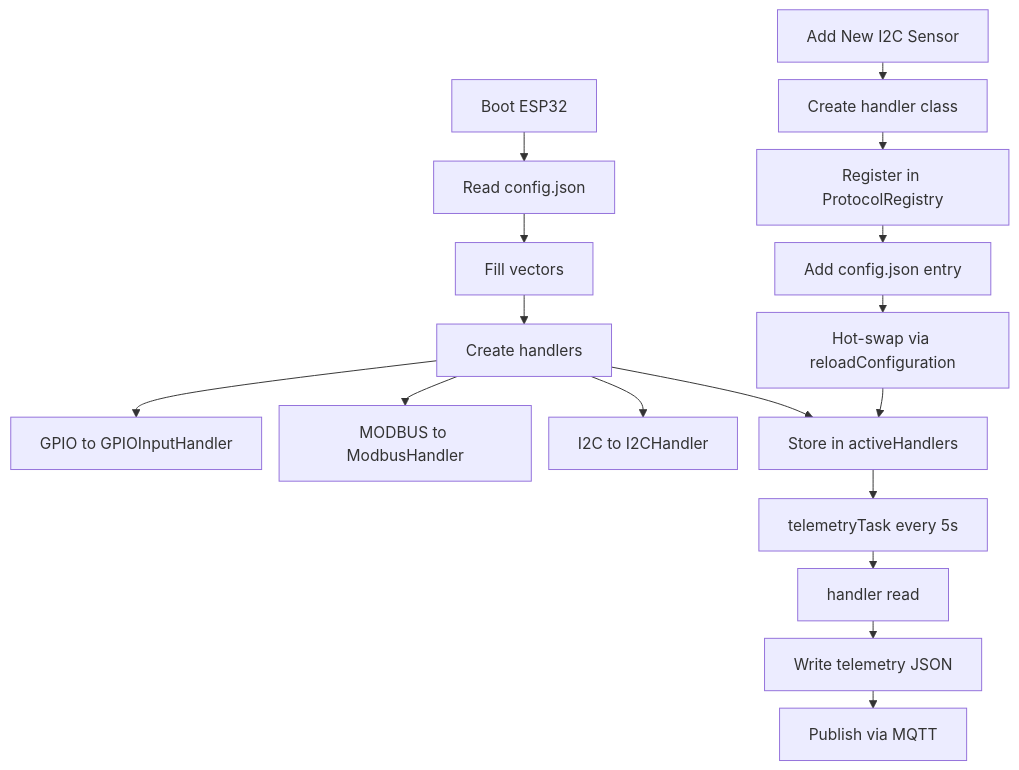
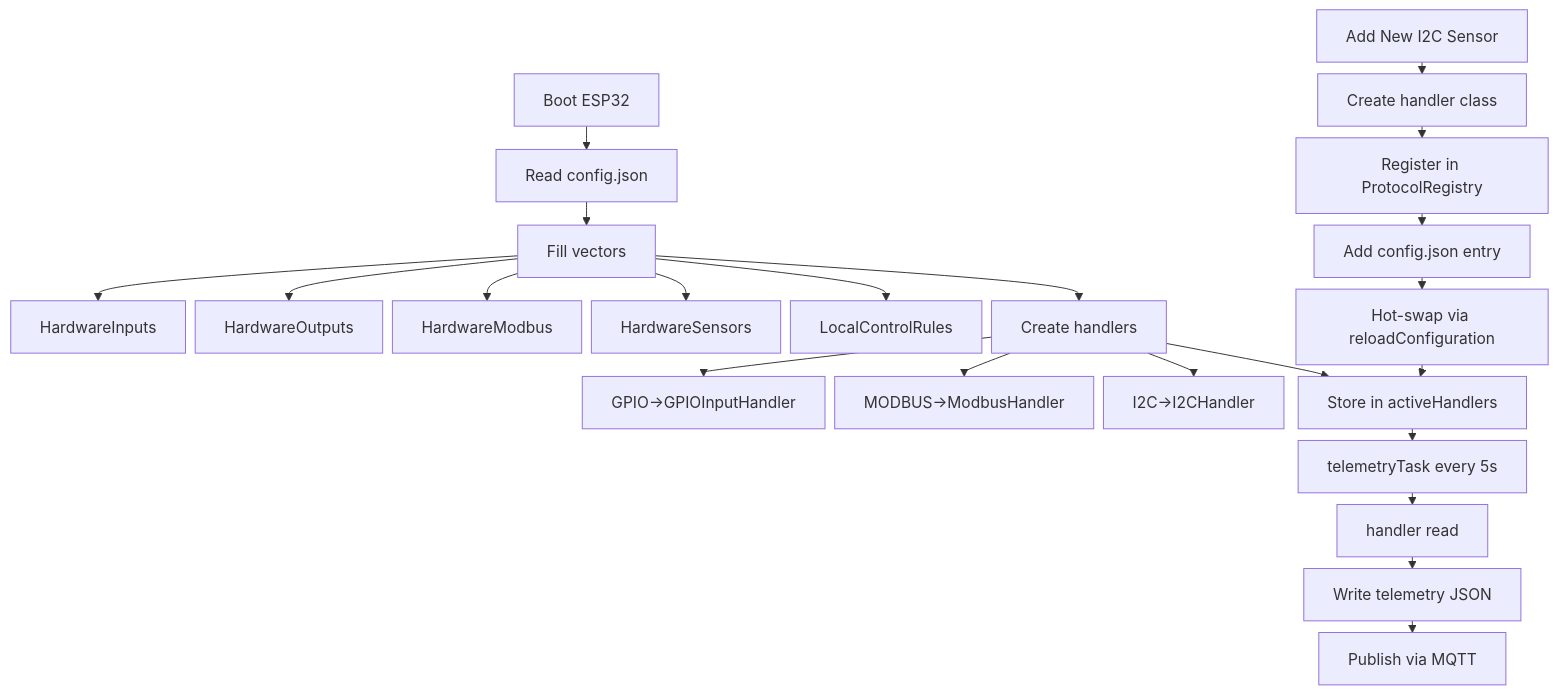
Diagram 12 of 26 in docs/bab3.md (Rezen351/enyx-enterprise), drawn with Mermaid before and after one commit.

Commit message:
docs: make configuration-driven flowchart more compact for A4

````diff
--- a/docs/bab3.md
+++ b/docs/bab3.md
@@ -1311,21 +1311,25 @@
 ```mermaid
-%%{init: {'flowchart': {'nodeSpacing': 18, 'rankSpacing': 18, 'fontSize': 16}}}%%
+%%{init: {'flowchart': {'nodeSpacing': 10, 'rankSpacing': 12, 'fontSize': 15}}}%%
 flowchart TD
     A[Boot ESP32] --> B[Read config.json]
     B --> C[Fill vectors]
+    C --> C1[HardwareInputs]
+    C --> C2[HardwareOutputs]
+    C --> C3[HardwareModbus]
+    C --> C4[HardwareSensors]
+    C --> C5[LocalControlRules]
     C --> D[Create handlers]
-    D --> D1[GPIO to GPIOInputHandler]
-    D --> D2[MODBUS to ModbusHandler]
-    D --> D3[I2C to I2CHandler]
+    D --> D1[GPIO→GPIOInputHandler]
+    D --> D2[MODBUS→ModbusHandler]
+    D --> D3[I2C→I2CHandler]
     D --> E[Store in activeHandlers]
     E --> F[telemetryTask every 5s]
     F --> G[handler read]
     G --> H[Write telemetry JSON]
     H --> I[Publish via MQTT]
-    
     J[Add New I2C Sensor] --> K[Create handler class]
     K --> L[Register in ProtocolRegistry]
     L --> M[Add config.json entry]
     M --> N[Hot-swap via reloadConfiguration]
     N --> E
 ```
````
